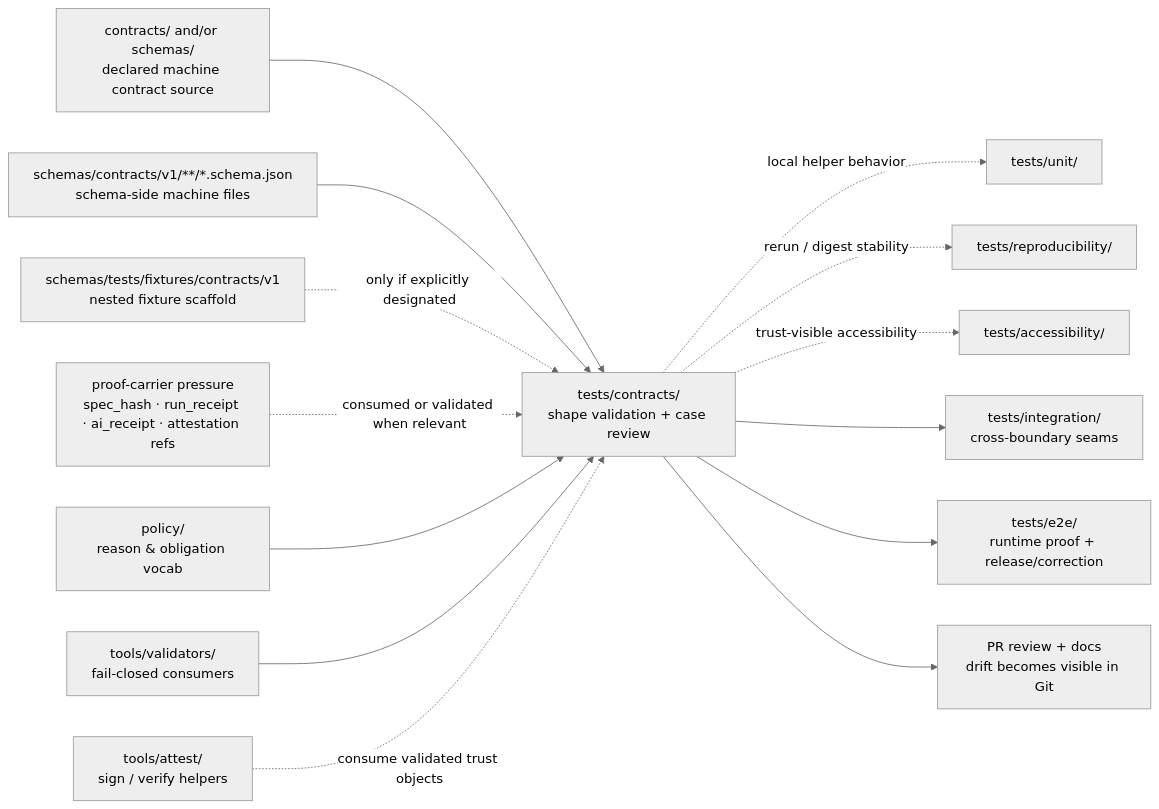
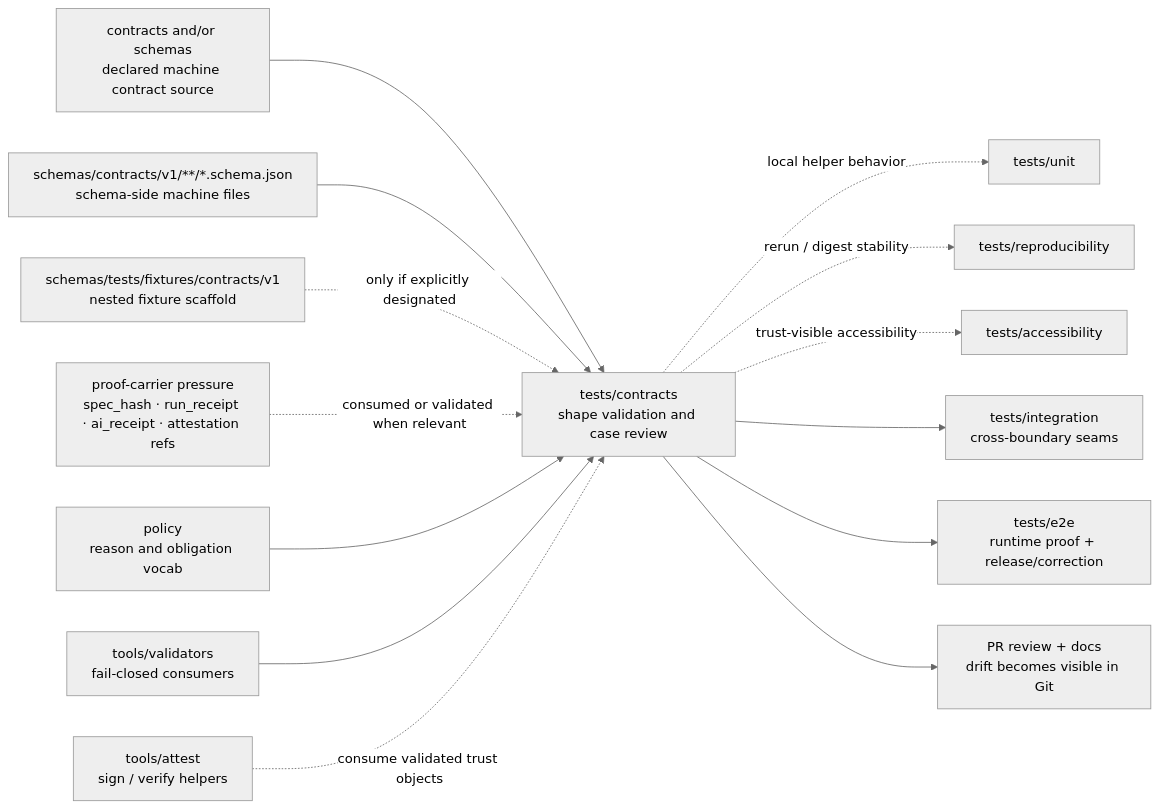
One commit to bartytime4life/Kansas-Frontier-Matrix changed the diagram in tests/contracts/README.md. Above: the diagram before and after it, drawn with Mermaid (neutral theme). The commit also changed other lines of this file, not shown here.

````diff
--- a/tests/contracts/README.md
+++ b/tests/contracts/README.md
@@ -649,16 +636,16 @@
 ```mermaid
 flowchart LR
-    D[contracts/ and/or schemas/<br/>declared machine contract source] --> C[tests/contracts/<br/>shape validation + case review]
+    D[contracts and/or schemas<br/>declared machine contract source] --> C[tests/contracts<br/>shape validation and case review]
     S[schemas/contracts/v1/**/*.schema.json<br/>schema-side machine files] --> C
     F[schemas/tests/fixtures/contracts/v1<br/>nested fixture scaffold] -. only if explicitly designated .-> C
     Q[proof-carrier pressure<br/>spec_hash · run_receipt · ai_receipt · attestation refs] -. consumed or validated when relevant .-> C
-    P[policy/<br/>reason & obligation vocab] --> C
-    V[tools/validators/<br/>fail-closed consumers] --> C
-    A[tools/attest/<br/>sign / verify helpers] -. consume validated trust objects .-> C
-    C -. local helper behavior .-> U[tests/unit/]
-    C -. rerun / digest stability .-> R[tests/reproducibility/]
-    C -. trust-visible accessibility .-> X[tests/accessibility/]
-    C --> I[tests/integration/<br/>cross-boundary seams]
-    C --> E[tests/e2e/<br/>runtime proof + release/correction]
+    P[policy<br/>reason and obligation vocab] --> C
+    V[tools/validators<br/>fail-closed consumers] --> C
+    A[tools/attest<br/>sign / verify helpers] -. consume validated trust objects .-> C
+    C -. local helper behavior .-> U[tests/unit]
+    C -. rerun / digest stability .-> R[tests/reproducibility]
+    C -. trust-visible accessibility .-> X[tests/accessibility]
+    C --> I[tests/integration<br/>cross-boundary seams]
+    C --> E[tests/e2e<br/>runtime proof + release/correction]
     C --> G[PR review + docs<br/>drift becomes visible in Git]
 ```
````
